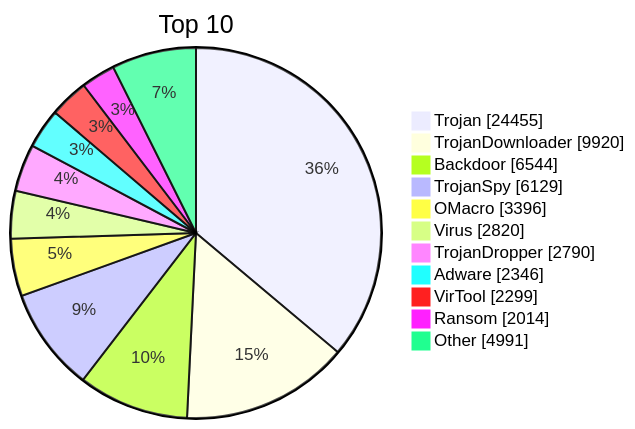
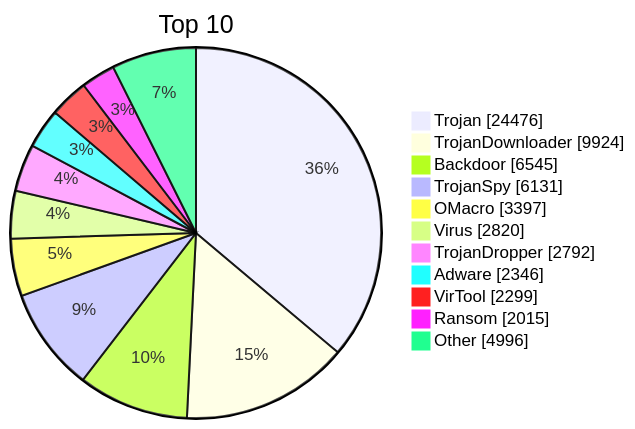
One commit to JerryLinLinLin/huorong-virdb-changelog changed the diagram in README.md. Above: the diagram before and after it, drawn with Mermaid. The commit also changed other lines of this file and 14 other files, not shown here.

````diff
--- a/README.md
+++ b/README.md
@@ -19,15 +19,15 @@
 ```mermaid
 pie showData
     title Top 10
-    "Trojan" : 24455
-    "TrojanDownloader" : 9920
-    "Backdoor" : 6544
-    "TrojanSpy" : 6129
-    "OMacro" : 3396
+    "Trojan" : 24476
+    "TrojanDownloader" : 9924
+    "Backdoor" : 6545
+    "TrojanSpy" : 6131
+    "OMacro" : 3397
     "Virus" : 2820
-    "TrojanDropper" : 2790
+    "TrojanDropper" : 2792
     "Adware" : 2346
     "VirTool" : 2299
-    "Ransom" : 2014
-    "Other" : 4991
+    "Ransom" : 2015
+    "Other" : 4996
 ```
````
